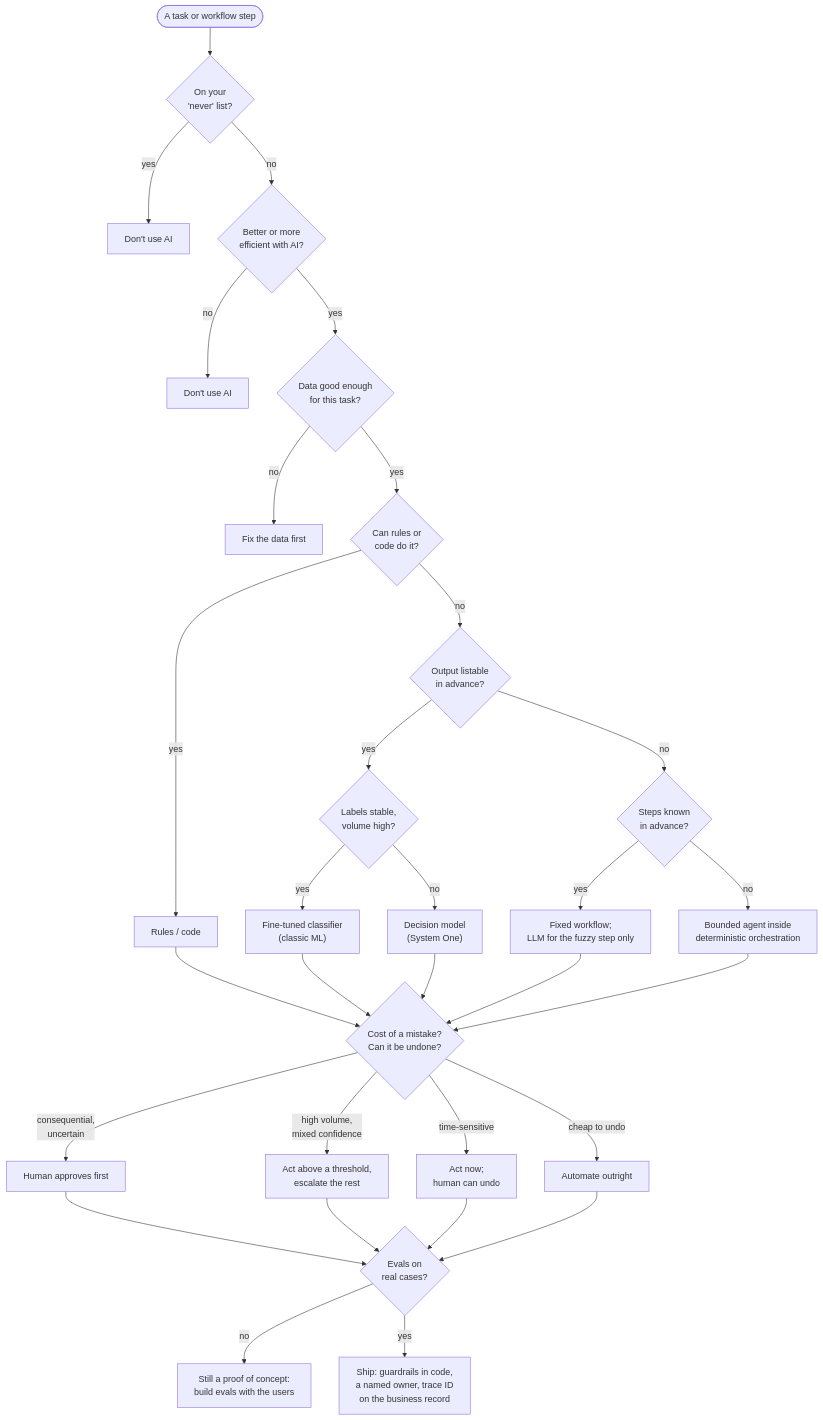
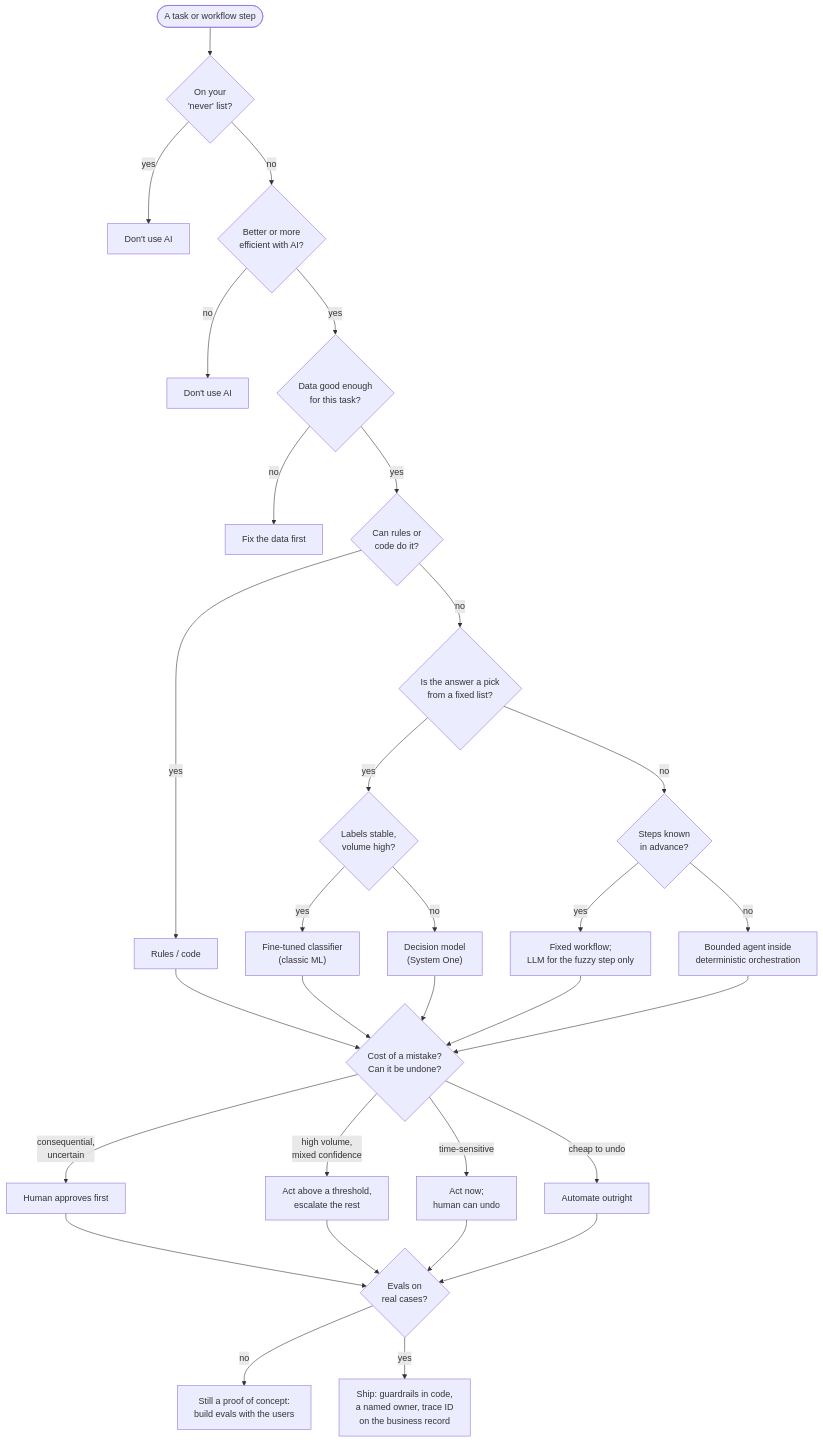
The diagram in 2-decide/should-this-task-use-ai.md (AnilKerai/applied-ai-handbook), drawn with Mermaid before and after one commit. The commit also changed other lines of this file, not shown here.

Commit message:
Decision tree: 'Is the answer a pick from a fixed list?' in plain words; drop two orphaned fragments

````diff
--- a/2-decide/should-this-task-use-ai.md
+++ b/2-decide/should-this-task-use-ai.md
@@ -28,26 +28,26 @@
 ```mermaid
 flowchart TD
     S(["A task or workflow step"]) --> Q0{"On your<br/>'never' list?"}
     Q0 -- yes --> X0["Don't use AI"]
     Q0 -- no --> Q1{"Better or more<br/>efficient with AI?"}
     Q1 -- no --> X1["Don't use AI"]
     Q1 -- yes --> Q2{"Data good enough<br/>for this task?"}
     Q2 -- no --> X2["Fix the data first"]
     Q2 -- yes --> Q3{"Can rules or<br/>code do it?"}
     Q3 -- yes --> M1["Rules / code"]
-    Q3 -- no --> Q4{"Output listable<br/>in advance?"}
+    Q3 -- no --> Q4{"Is the answer a pick<br/>from a fixed list?"}
     Q4 -- yes --> Q5{"Labels stable,<br/>volume high?"}
     Q5 -- yes --> M2["Fine-tuned classifier<br/>(classic ML)"]
     Q5 -- no --> M3["Decision model<br/>(System One)"]
     Q4 -- no --> Q6{"Steps known<br/>in advance?"}
     Q6 -- yes --> M4["Fixed workflow;<br/>LLM for the fuzzy step only"]
     Q6 -- no --> M5["Bounded agent inside<br/>deterministic orchestration"]
     M1 & M2 & M3 & M4 & M5 --> G{"Cost of a mistake?<br/>Can it be undone?"}
     G -- "consequential,<br/>uncertain" --> D1["Human approves first"]
     G -- "high volume,<br/>mixed confidence" --> D2["Act above a threshold,<br/>escalate the rest"]
     G -- "time-sensitive" --> D3["Act now;<br/>human can undo"]
     G -- "cheap to undo" --> D4["Automate outright"]
     D1 & D2 & D3 & D4 --> E{"Evals on<br/>real cases?"}
     E -- no --> P["Still a proof of concept:<br/>build evals with the users"]
     E -- yes --> R["Ship: guardrails in code,<br/>a named owner, trace ID<br/>on the business record"]
 ```
````
